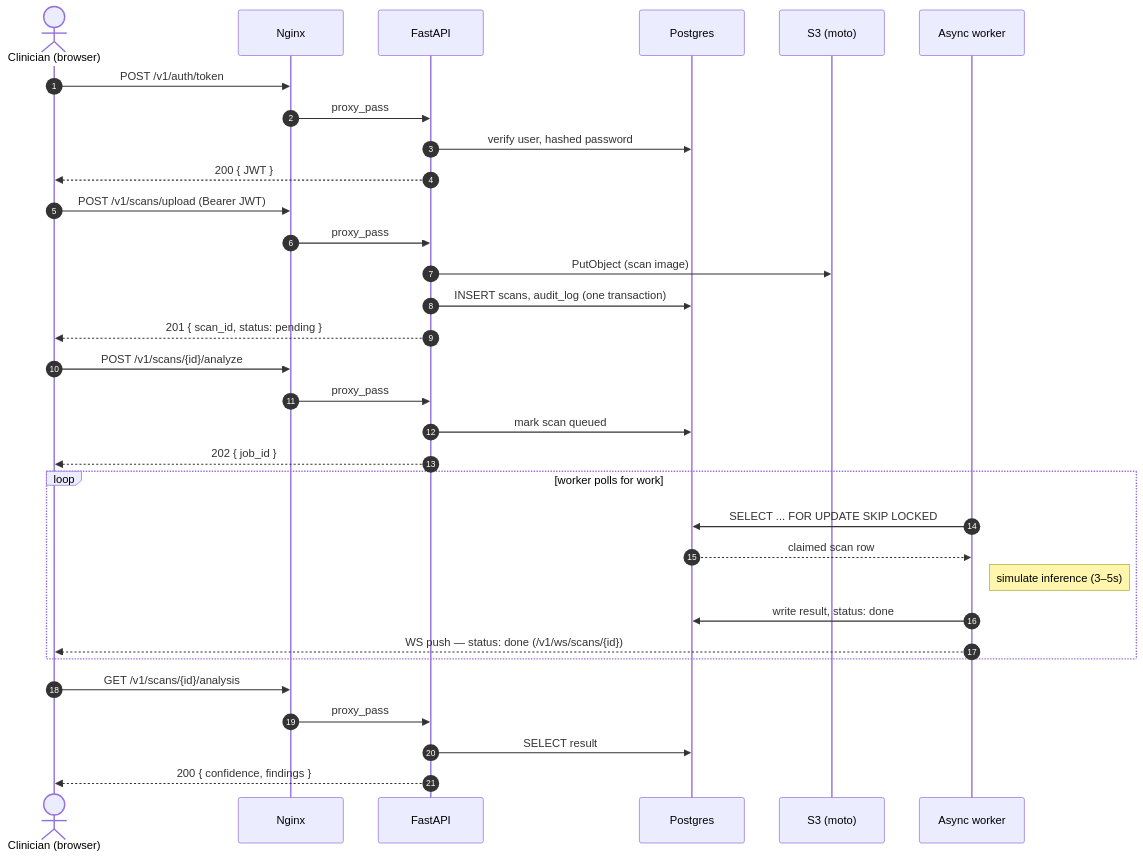
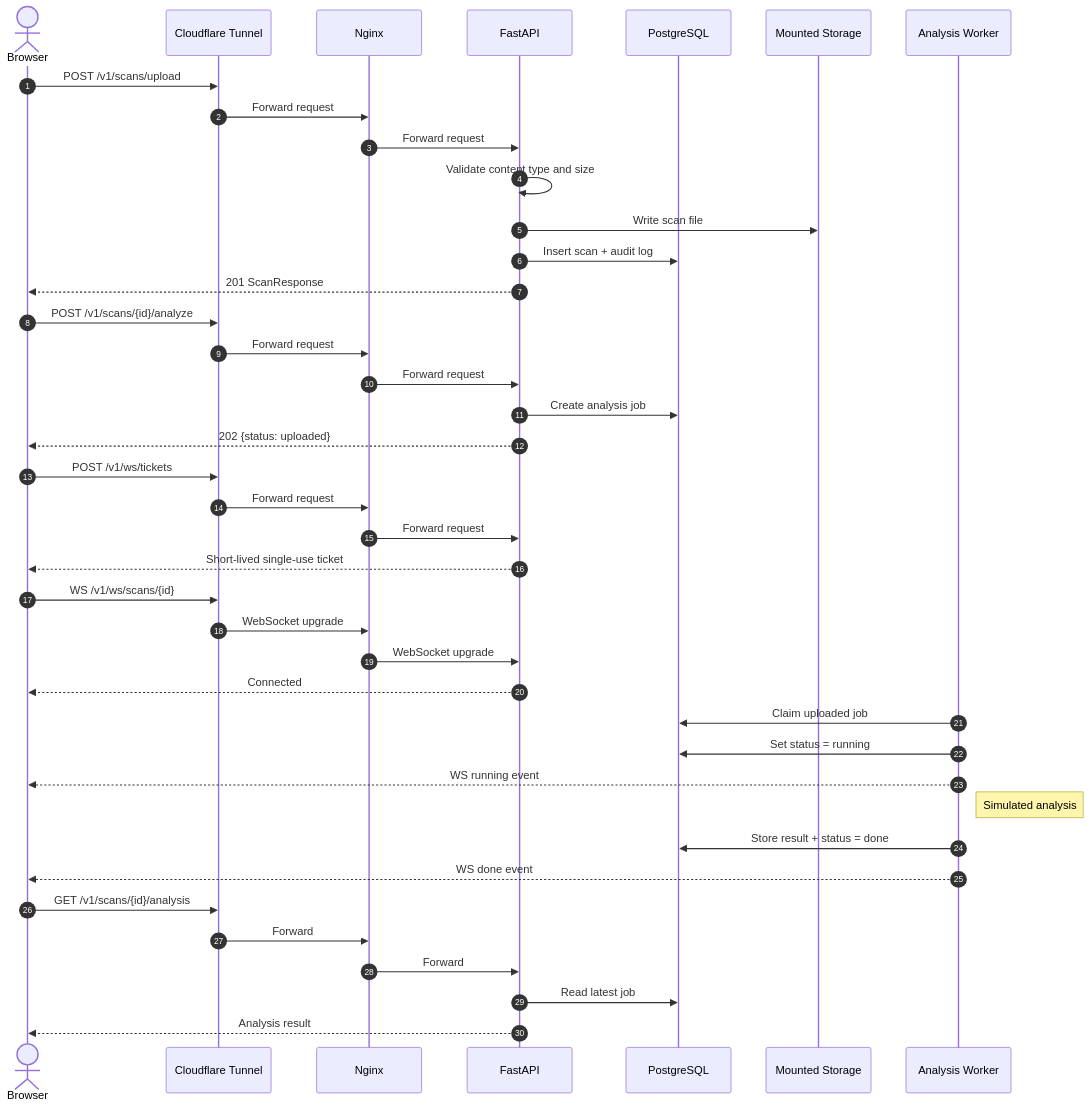
One commit to Atri-0342/intern-training changed the third of 5 diagrams in docs/architecture.md. Above: the diagram before and after it, drawn with Mermaid. The commit also changed other lines of this file and 10 other files, not shown here.

````diff
--- a/docs/architecture.md
+++ b/docs/architecture.md
@@ -137,39 +735,52 @@
 ```mermaid
 sequenceDiagram
     autonumber
-    actor C as Clinician (browser)
+
+    actor B as Browser
+    participant CF as Cloudflare Tunnel
     participant N as Nginx
-    participant F as FastAPI
-    participant P as Postgres
-    participant S as S3 (moto)
-    participant W as Async worker
+    participant A as FastAPI
+    participant DB as PostgreSQL
+    participant FS as Mounted Storage
+    participant W as Analysis Worker
 
-    C->>N: POST /v1/auth/token
-    N->>F: proxy_pass
-    F->>P: verify user, hashed password
-    F-->>C: 200 { JWT }
+    B->>CF: POST /v1/scans/upload
+    CF->>N: Forward request
+    N->>A: Forward request
 
-    C->>N: POST /v1/scans/upload (Bearer JWT)
-    N->>F: proxy_pass
-    F->>S: PutObject (scan image)
-    F->>P: INSERT scans, audit_log (one transaction)
-    F-->>C: 201 { scan_id, status: pending }
+    A->>A: Validate content type and size
+    A->>FS: Write scan file
+    A->>DB: Insert scan + audit log
+    A-->>B: 201 ScanResponse
 
-    C->>N: POST /v1/scans/{id}/analyze
-    N->>F: proxy_pass
-    F->>P: mark scan queued
-    F-->>C: 202 { job_id }
+    B->>CF: POST /v1/scans/{id}/analyze
+    CF->>N: Forward request
+    N->>A: Forward request
+    A->>DB: Create analysis job
+    A-->>B: 202 {status: uploaded}
 
-    loop worker polls for work
-        W->>P: SELECT ... FOR UPDATE SKIP LOCKED
-        P-->>W: claimed scan row
-        Note right of W: simulate inference (3–5s)
-        W->>P: write result, status: done
-        W-->>C: WS push — status: done (/v1/ws/scans/{id})
-    end
+    B->>CF: POST /v1/ws/tickets
+    CF->>N: Forward request
+    N->>A: Forward request
+    A-->>B: Short-lived single-use ticket
 
-    C->>N: GET /v1/scans/{id}/analysis
-    N->>F: proxy_pass
-    F->>P: SELECT result
-    F-->>C: 200 { confidence, findings }
+    B->>CF: WS /v1/ws/scans/{id}
+    CF->>N: WebSocket upgrade
+    N->>A: WebSocket upgrade
+    A-->>B: Connected
+
+    W->>DB: Claim uploaded job
+    W->>DB: Set status = running
+    W-->>B: WS running event
+
+    Note right of W: Simulated analysis
+
+    W->>DB: Store result + status = done
+    W-->>B: WS done event
+
+    B->>CF: GET /v1/scans/{id}/analysis
+    CF->>N: Forward
+    N->>A: Forward
+    A->>DB: Read latest job
+    A-->>B: Analysis result
 ```
````
